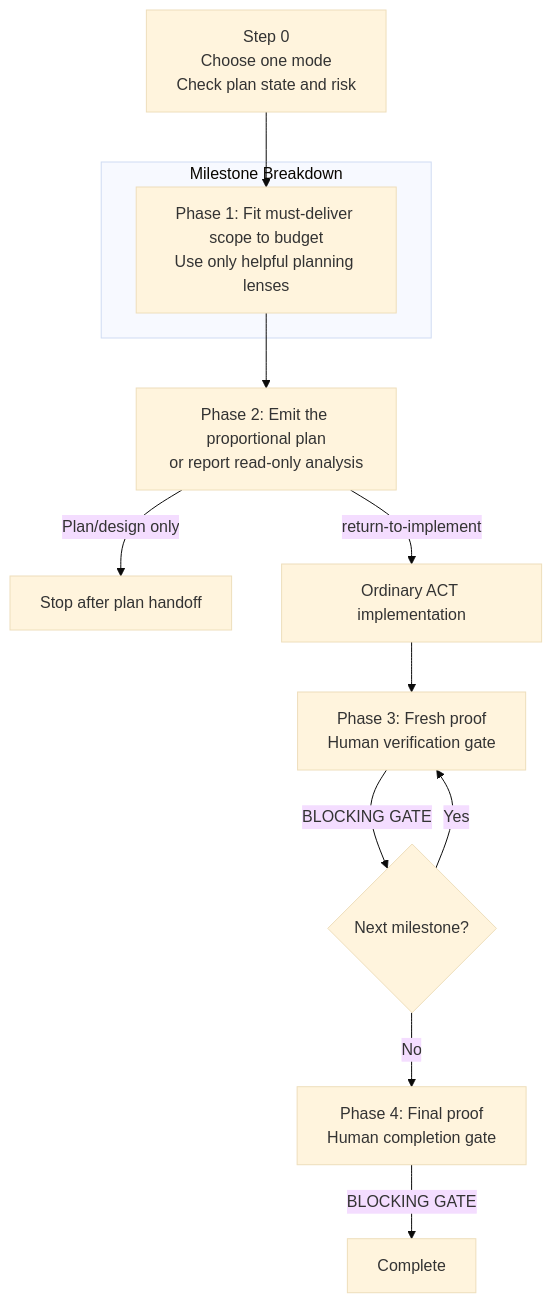
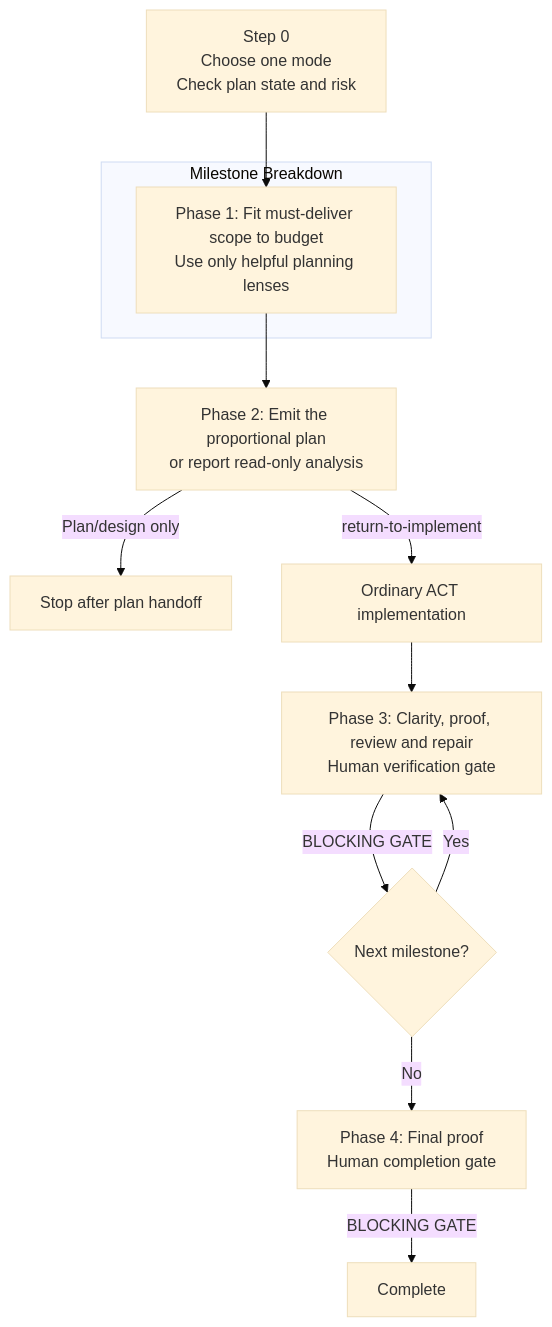
One commit to blundergoat/goat-flow changed the fifth of 9 diagrams in docs/skills.md. Above: the diagram before and after it, drawn with Mermaid (base theme). The commit also changed other lines of this file and 83 other files, not shown here.

````diff
--- a/docs/skills.md
+++ b/docs/skills.md
@@ -187,17 +187,17 @@
 ```mermaid
 flowchart TD
     S0["Step 0\nChoose one mode\nCheck plan state and risk"] --> P1
 
     subgraph Plan["Milestone Breakdown"]
         P1["Phase 1: Fit must-deliver scope to budget\nUse only helpful planning lenses"]
     end
 
     P1 --> P2["Phase 2: Emit the proportional plan\nor report read-only analysis"]
     P2 -->|"Plan/design only"| Planned["Stop after plan handoff"]
     P2 -->|"return-to-implement"| ACT["Ordinary ACT implementation"]
-    ACT --> P3["Phase 3: Fresh proof\nHuman verification gate"]
+    ACT --> P3["Phase 3: Clarity, proof, review and repair\nHuman verification gate"]
     P3 -->|"BLOCKING GATE"| Next{"Next milestone?"}
     Next -->|Yes| P3
     Next -->|No| P4["Phase 4: Final proof\nHuman completion gate"]
     P4 -->|"BLOCKING GATE"| Close["Complete"]
 ```
````
